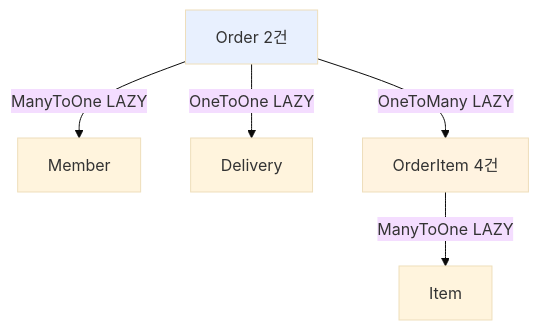
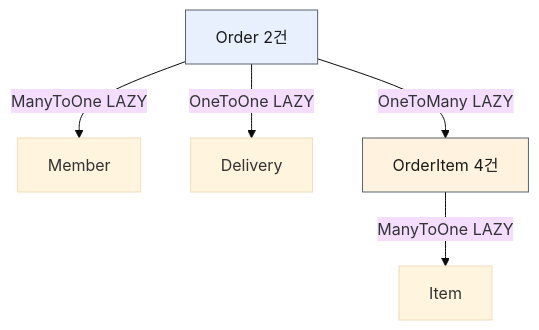
Before and after one commit to titianfall/JPA: the second of 2 diagrams in study/docs/SpringBootJPA/활용2/2. API 개발 고급 - 준비.md, drawn with Mermaid (base theme). The commit also changed other lines of this file and 24 other files, not shown here.

````diff
--- a/study/docs/SpringBootJPA/활용2/2. API 개발 고급 - 준비.md
+++ b/study/docs/SpringBootJPA/활용2/2. API 개발 고급 - 준비.md
@@ -431,9 +431,9 @@
 ```mermaid
 flowchart TD
     O[Order 2건] -->|ManyToOne LAZY| M[Member]
     O -->|OneToOne LAZY| D[Delivery]
     O -->|OneToMany LAZY| OI[OrderItem 4건]
     OI -->|ManyToOne LAZY| I[Item]
-    style O fill:#e8f0fe
-    style OI fill:#fff3e0
+    style O fill:#e8f0fe,color:#1a1a1a,stroke:#5a6270,stroke-width:1px
+    style OI fill:#fff3e0,color:#1a1a1a,stroke:#5a6270,stroke-width:1px
 ```
````
